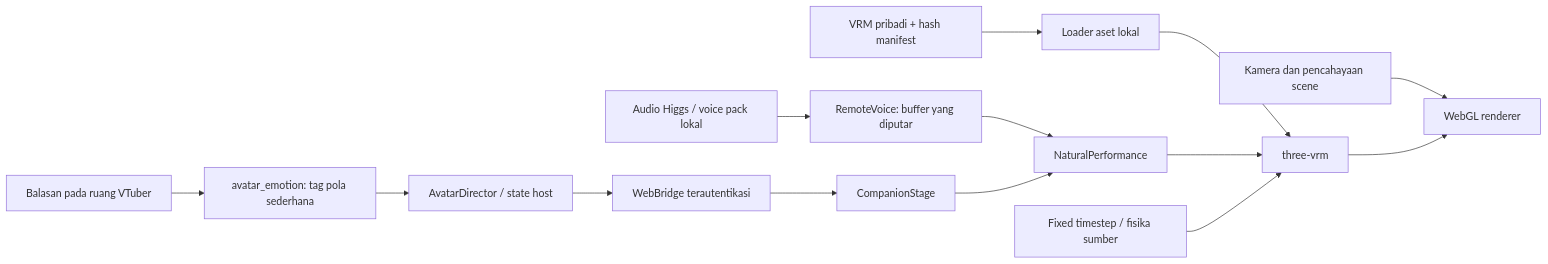
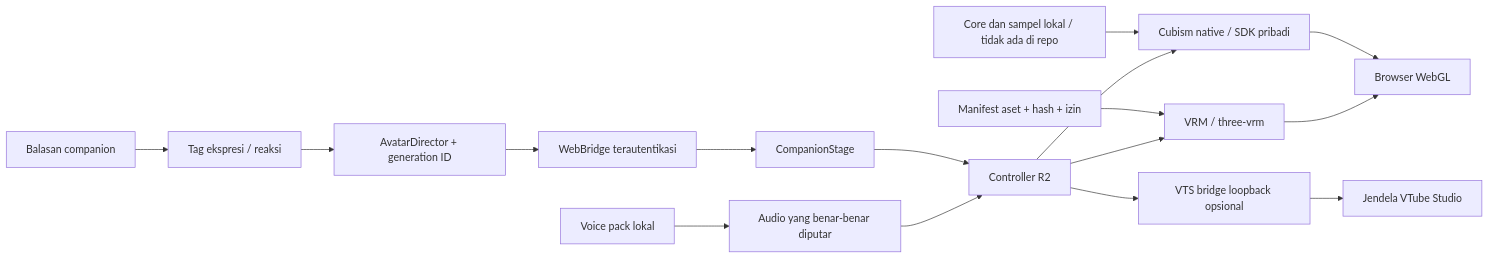
One commit to Diska404/Private_Assistant_AI changed the diagram in README.md. Above: the diagram before and after it, drawn with Mermaid. The commit also changed other lines of this file and 51 other files, not shown here.

Commit message:
feat: add R2 avatar controls and native Live2D sample backend

````diff
--- a/README.md
+++ b/README.md
@@ -56,16 +38,18 @@
 ```mermaid
 flowchart LR
-  Reply[Balasan pada ruang VTuber] --> Tags[avatar_emotion: tag pola sederhana]
-  Tags --> Director[AvatarDirector / state host]
-  Director --> Bridge[WebBridge terautentikasi]
+  Reply[Balasan companion] --> Tags[Tag ekspresi / reaksi]
+  Tags --> State[AvatarDirector + generation ID]
+  State --> Bridge[WebBridge terautentikasi]
   Bridge --> Stage[CompanionStage]
-  Audio[Audio Higgs / voice pack lokal] --> Playback[RemoteVoice: buffer yang diputar]
-  Playback --> Controller[NaturalPerformance]
-  Stage --> Controller
-  Asset[VRM pribadi + hash manifest] --> Loader[Loader aset lokal]
-  Loader --> VRM[three-vrm]
-  Controller --> VRM
-  Physics[Fixed timestep / fisika sumber] --> VRM
-  Scene[Kamera dan pencahayaan scene] --> Render[WebGL renderer]
-  VRM --> Render
+  Audio[Voice pack lokal] --> Playback[Audio yang benar-benar diputar]
+  Playback --> Performance[Controller R2]
+  Stage --> Performance
+  Performance --> VRM[VRM / three-vrm]
+  Performance --> Native[Cubism native / SDK pribadi]
+  Performance --> VTS[VTS bridge loopback opsional]
+  Asset[Manifest aset + hash + izin] --> VRM
+  LocalSDK[Core dan sampel lokal / tidak ada di repo] --> Native
+  VRM --> Render[Browser WebGL]
+  Native --> Render
+  VTS --> External[Jendela VTube Studio]
 ```
````
